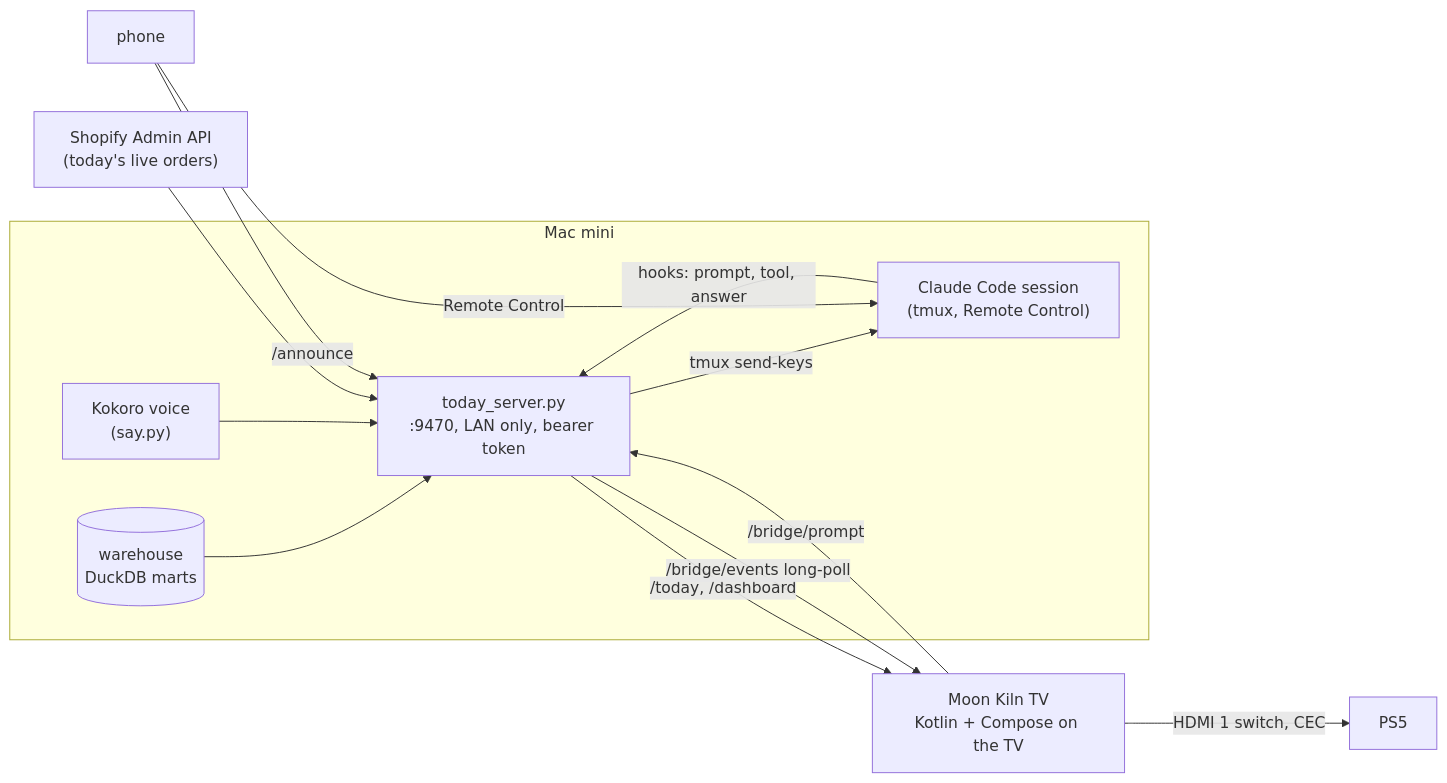
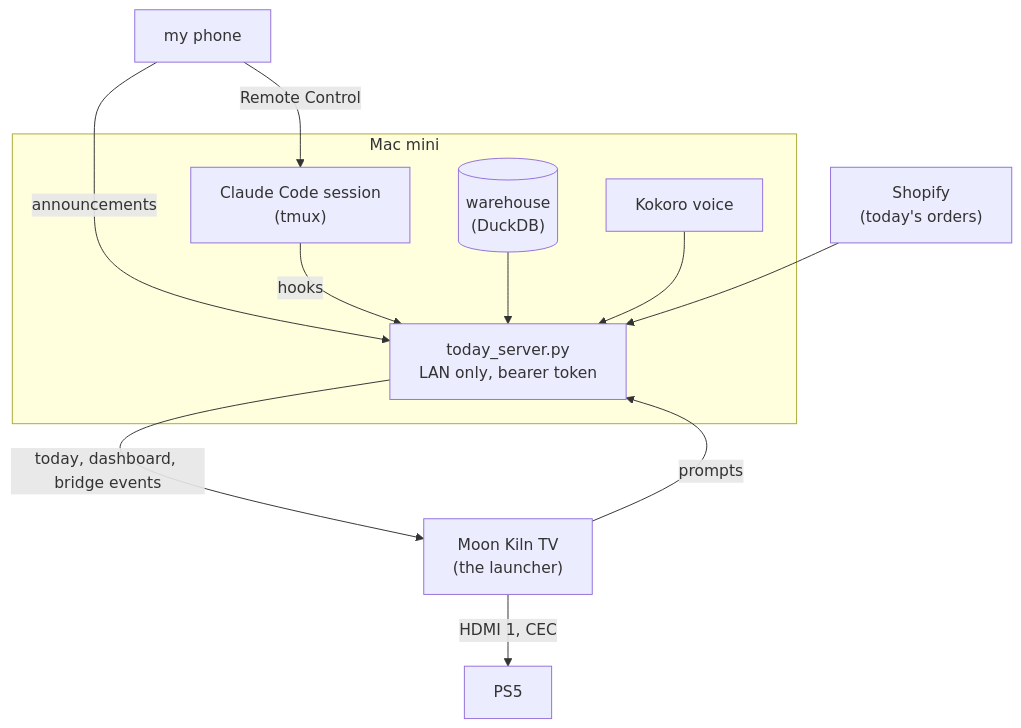
One commit to ambasoma/moonkiln-tv changed the diagram in README.md. Above: the diagram before and after it, drawn with Mermaid.

Commit message:
Simpler, top to bottom diagram in the README
Claude-Session: https://claude.ai/code/session_01BFwGn9WwM9B12SzoWDTMLN

````diff
--- a/README.md
+++ b/README.md
@@ -196,16 +196,14 @@
 ```mermaid
-flowchart LR
+flowchart TB
+    P["my phone"] -- "Remote Control" --> C
+    P -- "announcements" --> S
     subgraph MINI["Mac mini"]
-        W[("warehouse<br/>DuckDB marts")] --> S["today_server.py<br/>:9470, LAN only, bearer token"]
-        C["Claude Code session<br/>(tmux, Remote Control)"] -- "hooks: prompt, tool, answer" --> S
-        S -- "tmux send-keys" --> C
-        V["Kokoro voice<br/>(say.py)"] --> S
+        C["Claude Code session<br/>(tmux)"] -- "hooks" --> S["today_server.py<br/>LAN only, bearer token"]
+        W[("warehouse<br/>(DuckDB)")] --> S
+        V["Kokoro voice"] --> S
     end
-    SH["Shopify Admin API<br/>(today's live orders)"] --> S
-    S -- "/today, /dashboard" --> T["Moon Kiln TV<br/>Kotlin + Compose on the TV"]
-    S -- "/bridge/events long-poll" --> T
-    T -- "/bridge/prompt" --> S
-    P["phone"] -- "Remote Control" --> C
-    P -- "/announce" --> S
-    T -- "HDMI 1 switch, CEC" --> PS5["PS5"]
+    SH["Shopify<br/>(today's orders)"] --> S
+    S -- "today, dashboard, bridge events" --> T["Moon Kiln TV<br/>(the launcher)"]
+    T -- "prompts" --> S
+    T -- "HDMI 1, CEC" --> PS5["PS5"]
 ```
````
